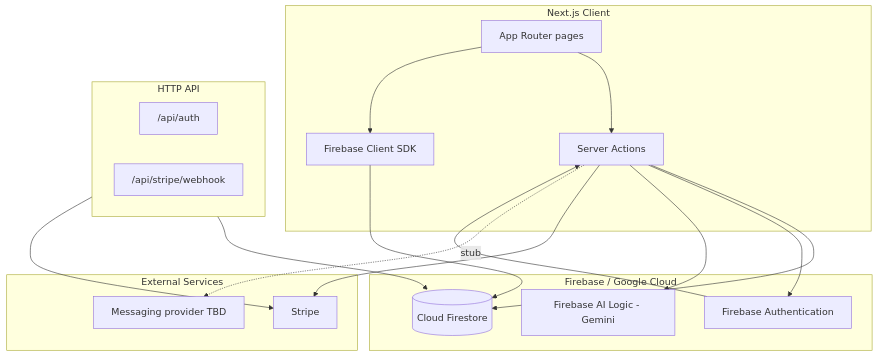
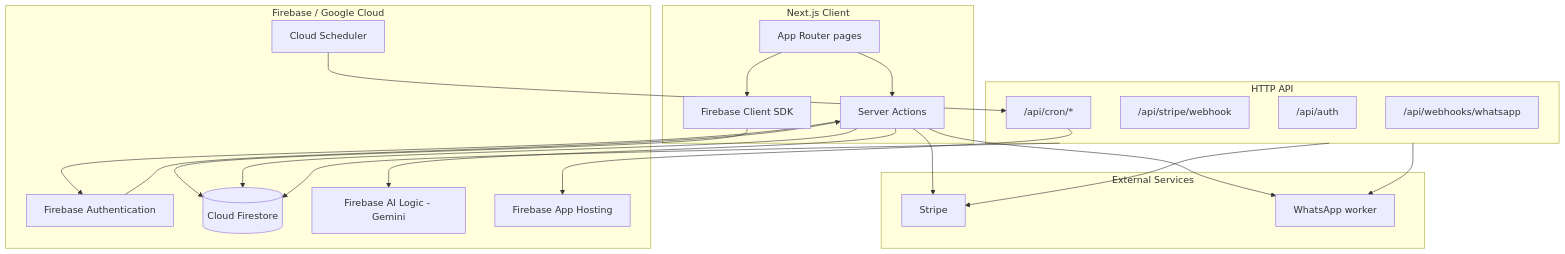
Before and after one commit to rafamessias/botinho.ai: the diagram in docs/spec/00-index.md, drawn with Mermaid. The commit also changed other lines of this file and 79 other files, not shown here.

````diff
--- a/docs/spec/00-index.md
+++ b/docs/spec/00-index.md
@@ -77,36 +80,43 @@
 ```mermaid
 flowchart TB
   subgraph client [Next.js Client]
     Pages[App Router pages]
     SA[Server Actions]
     FirestoreClient[Firebase Client SDK]
   end
 
   subgraph api [HTTP API]
     AuthRoute["/api/auth"]
     StripeWH["/api/stripe/webhook"]
+    CronRoutes["/api/cron/*"]
+    WhatsAppWH["/api/webhooks/whatsapp"]
   end
 
   subgraph firebase [Firebase / Google Cloud]
     FirebaseAuth[Firebase Authentication]
     Firestore[(Cloud Firestore)]
     Gemini[Firebase AI Logic - Gemini]
+    AppHosting[Firebase App Hosting]
+    Scheduler[Cloud Scheduler]
   end
 
   subgraph external [External Services]
     Stripe[Stripe]
-    Messaging[Messaging provider TBD]
+    WhatsAppWorker[WhatsApp worker]
   end
 
   Pages --> SA
   Pages --> FirestoreClient
   FirestoreClient --> Firestore
   SA --> Firestore
   SA --> FirebaseAuth
   SA --> Gemini
   SA --> Stripe
-  SA -.->|stub| Messaging
+  SA --> WhatsAppWorker
   api --> Firestore
   api --> Stripe
+  api --> WhatsAppWorker
+  Scheduler --> CronRoutes
+  CronRoutes --> AppHosting
   FirebaseAuth --> SA
 ```
````
